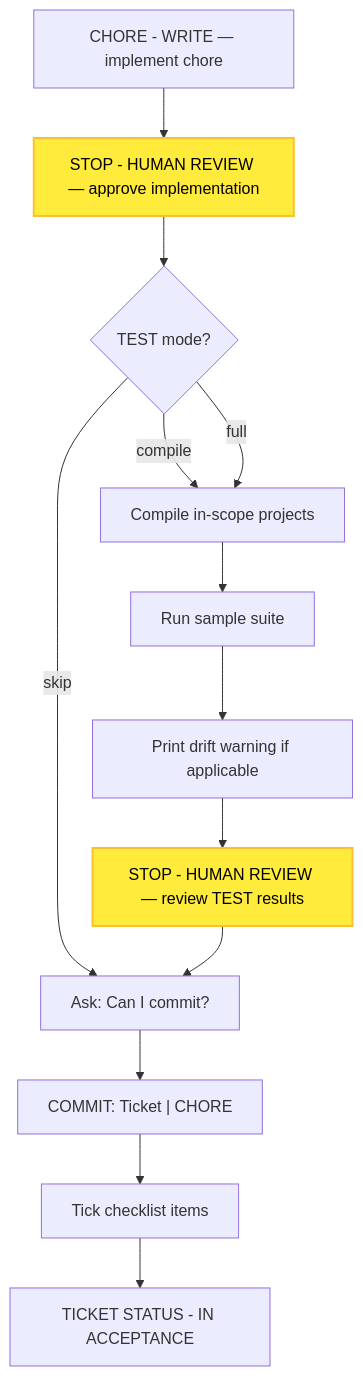
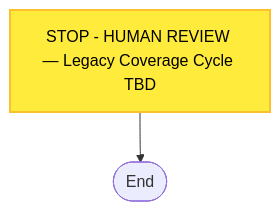
One commit to optivem/starter changed the ninth of 9 diagrams in docs/atdd/process/diagram-process.md. Above: the diagram before and after it, drawn with Mermaid. The commit also changed other lines of this file and 2 other files, not shown here.

````diff
--- a/docs/atdd/process/diagram-process.md
+++ b/docs/atdd/process/diagram-process.md
@@ -279,30 +262,10 @@
 ```mermaid
 flowchart TD
-    WRITE["CHORE - WRITE — implement chore"]
-    REVIEW["STOP - HUMAN REVIEW — approve implementation"]
-    TEST_GATE{TEST mode?}
-    COMPILE[Compile in-scope projects]
-    SAMPLE["Run sample suite"]
-    DRIFT[Print drift warning if applicable]
-    STOP_TEST["STOP - HUMAN REVIEW — review TEST results"]
-    ASK_COMMIT["Ask: Can I commit?"]
-    COMMIT["COMMIT: Ticket | CHORE"]
-    TICK[Tick checklist items]
-    INACC[TICKET STATUS - IN ACCEPTANCE]
+    LEGACY_TBD[STOP - HUMAN REVIEW — Legacy Coverage Cycle TBD]
+    LEGACY_END([End])
 
-    WRITE --> REVIEW
-    REVIEW --> TEST_GATE
-    TEST_GATE -->|skip| ASK_COMMIT
-    TEST_GATE -->|compile| COMPILE
-    TEST_GATE -->|full| COMPILE
-    COMPILE --> SAMPLE
-    SAMPLE --> DRIFT
-    DRIFT --> STOP_TEST
-    STOP_TEST --> ASK_COMMIT
-    ASK_COMMIT --> COMMIT
-    COMMIT --> TICK
-    TICK --> INACC
+    LEGACY_TBD --> LEGACY_END
 
     classDef humanReviewNode fill:#ffeb3b,stroke:#fbc02d,stroke-width:2px,color:#000
-    class REVIEW,STOP_TEST humanReviewNode
+    class LEGACY_TBD humanReviewNode
 ```
````
